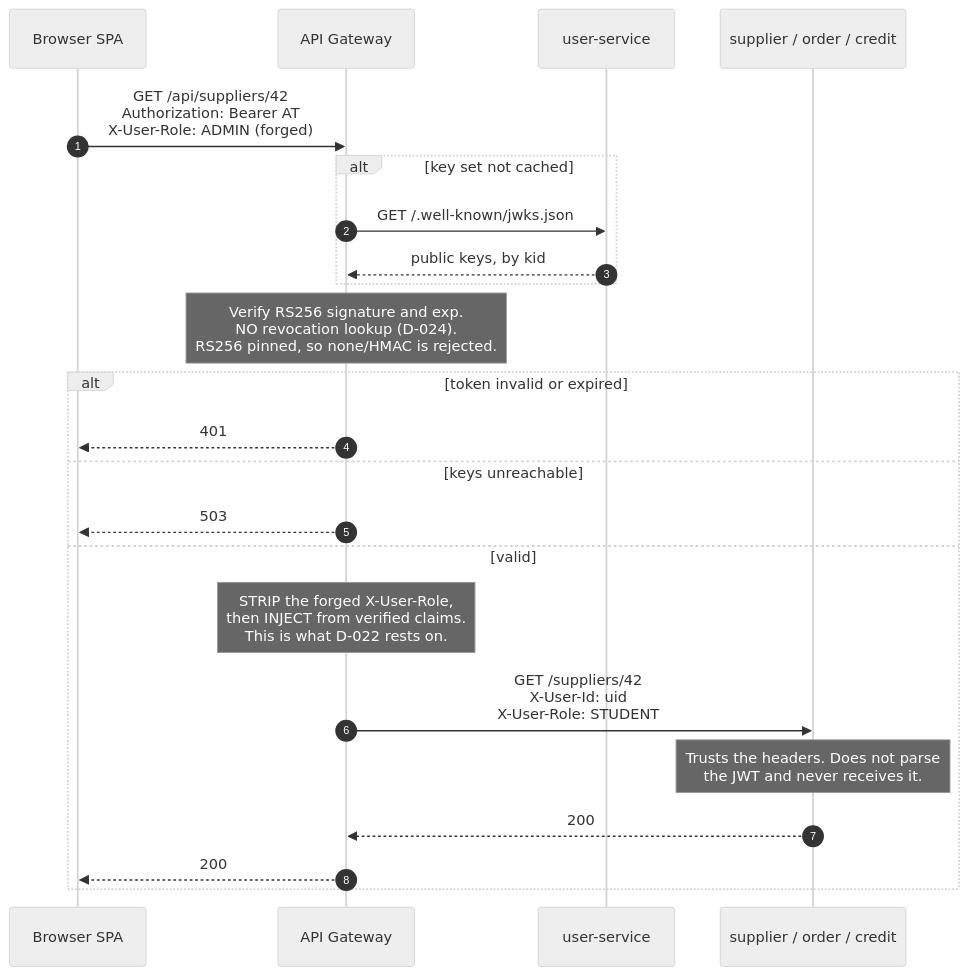
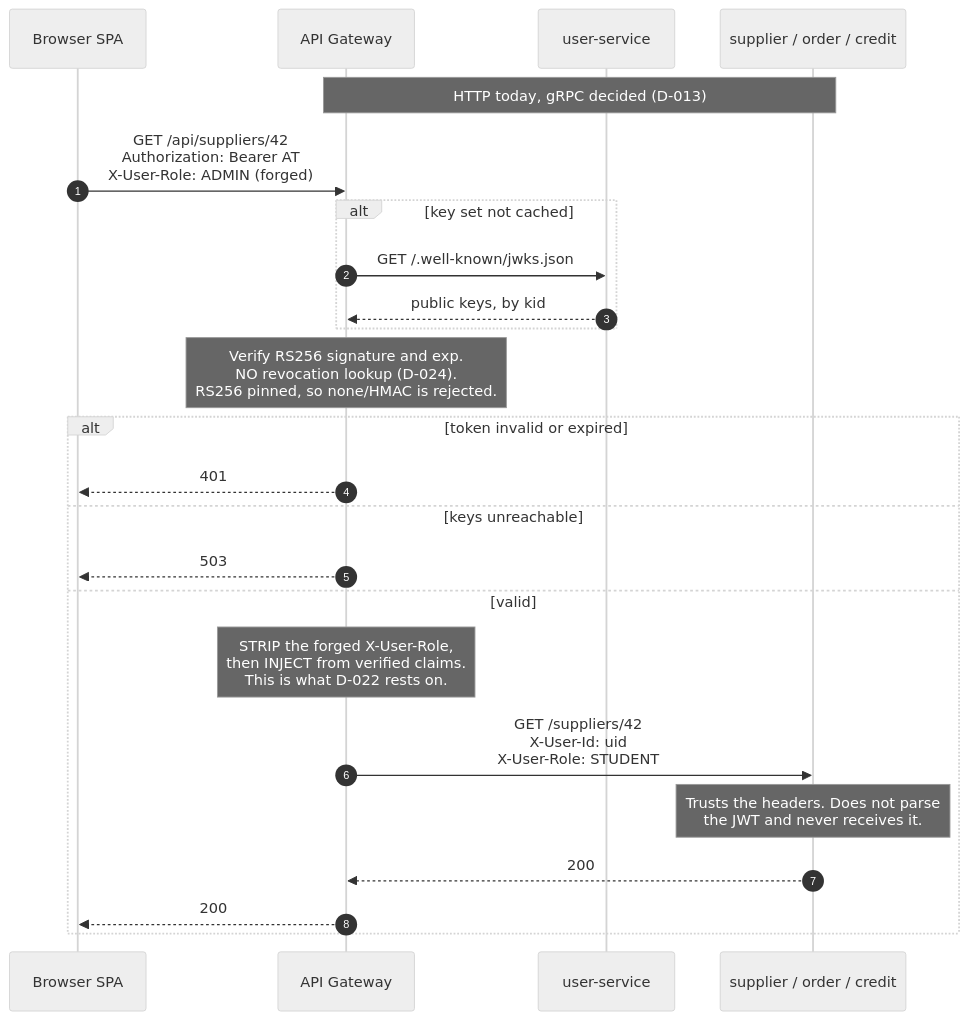
One commit to AY2627S1-CS3219-P2/FoC changed the third of 6 diagrams in ai/decisions/architecture.md. Above: the diagram before and after it, drawn with Mermaid (neutral theme).

````diff
--- a/ai/decisions/architecture.md
+++ b/ai/decisions/architecture.md
@@ -113,29 +113,30 @@
 ```mermaid
 sequenceDiagram
     autonumber
     participant UI as Browser SPA
     participant GW as API Gateway
     participant US as user-service
     participant SVC as supplier / order / credit
+    Note over GW,SVC: HTTP today, gRPC decided (D-013)
 
     UI->>GW: GET /api/suppliers/42<br/>Authorization: Bearer AT<br/>X-User-Role: ADMIN (forged)
 
     alt key set not cached
         GW->>US: GET /.well-known/jwks.json
         US-->>GW: public keys, by kid
     end
 
     Note over GW: Verify RS256 signature and exp.<br/>NO revocation lookup (D-024).<br/>RS256 pinned, so none/HMAC is rejected.
 
     alt token invalid or expired
         GW-->>UI: 401
     else keys unreachable
         GW-->>UI: 503
     else valid
         Note over GW: STRIP the forged X-User-Role,<br/>then INJECT from verified claims.<br/>This is what D-022 rests on.
         GW->>SVC: GET /suppliers/42<br/>X-User-Id: uid<br/>X-User-Role: STUDENT
         Note over SVC: Trusts the headers. Does not parse<br/>the JWT and never receives it.
         SVC-->>GW: 200
         GW-->>UI: 200
     end
 ```
````
